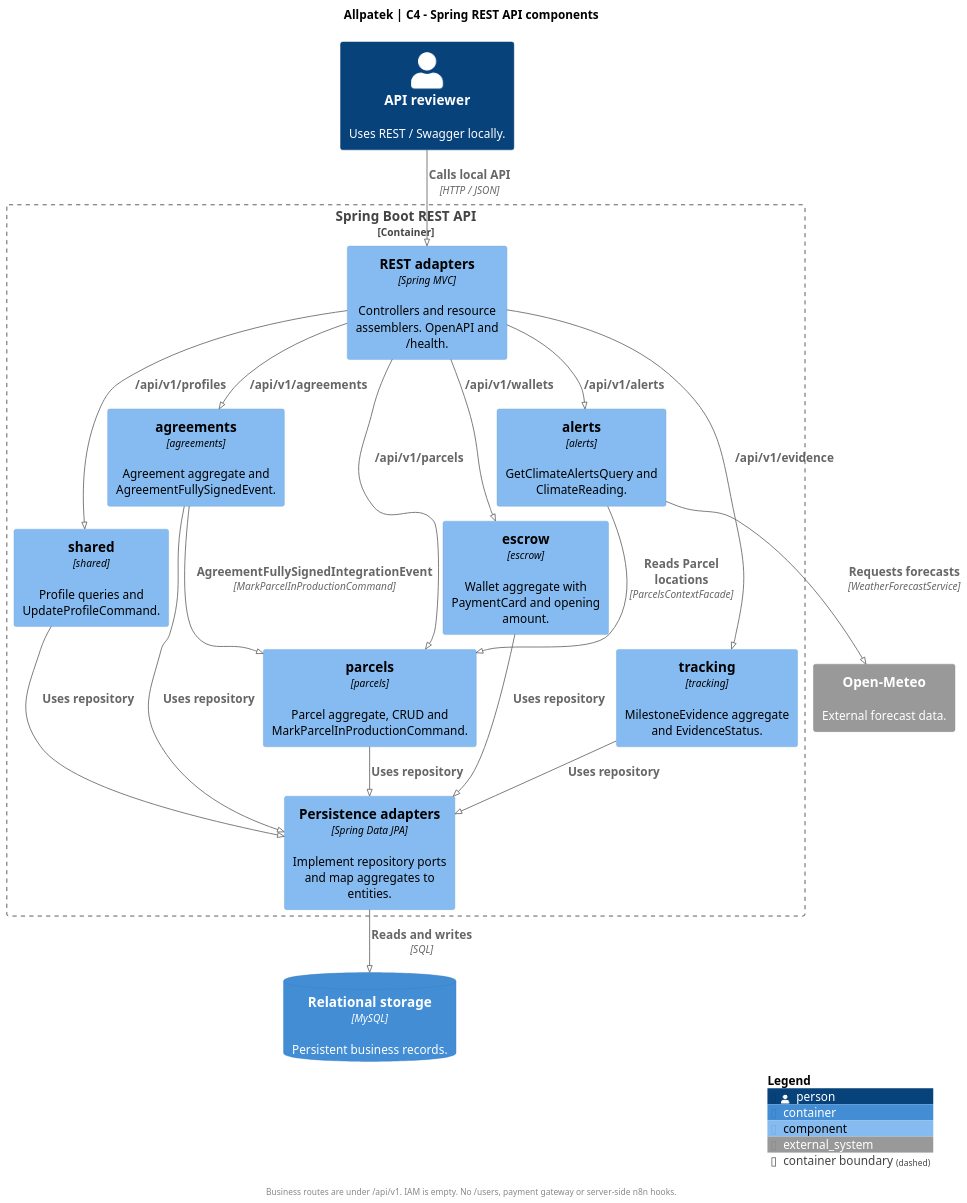
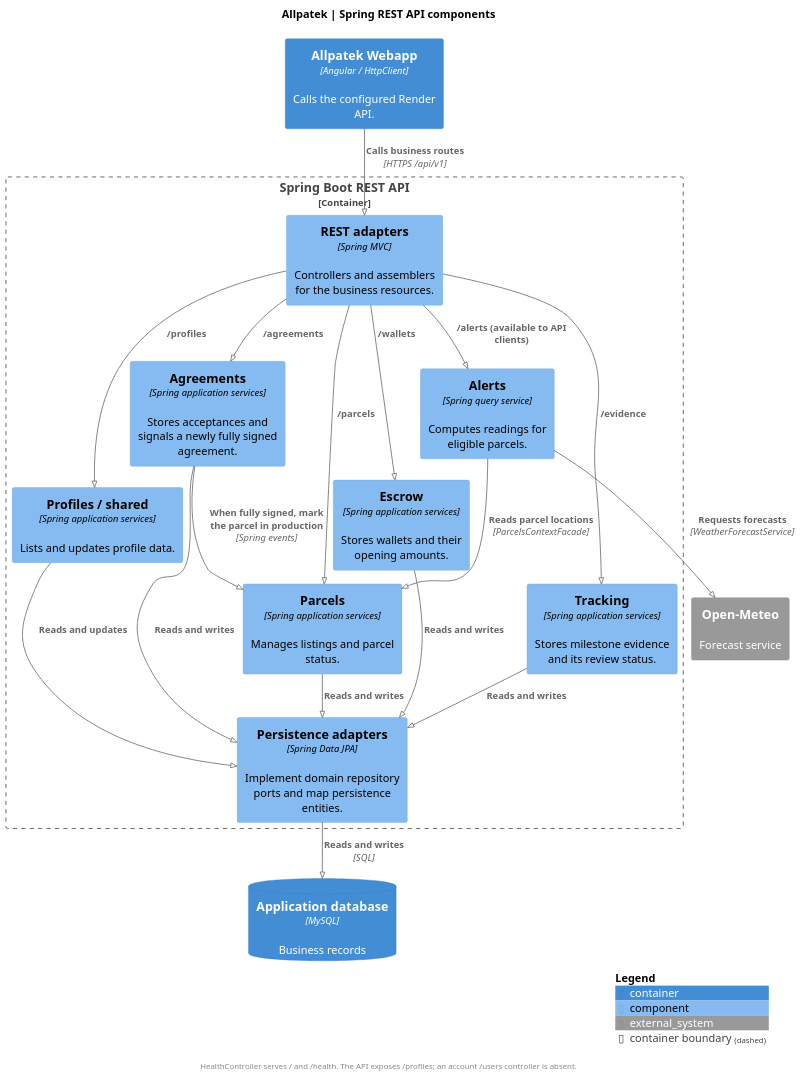
The diagram in assets/chapter-04/architecture/04-api-components.puml (upc-pre-202620-1asi0729-7753-Terranova/allpatek-report), drawn with PlantUML before and after one commit. The commit also changed 3 other files, not shown here.

Commit message:
docs(c4): map Spring modules and cross-context collaborations

```diff
--- a/assets/chapter-04/architecture/04-api-components.puml
+++ b/assets/chapter-04/architecture/04-api-components.puml
@@ -1,49 +1,43 @@
 @startuml
 !pragma layout smetana
 !include <C4/C4_Component>
 skinparam backgroundColor white
 skinparam defaultFontName SansSerif
-skinparam defaultFontSize 14
 skinparam shadowing false
-skinparam dpi 135
-
-title Allpatek | C4 - Spring REST API components
+skinparam dpi 125
+title Allpatek | Spring REST API components
 LAYOUT_TOP_DOWN()
 
-Person(reviewer, "API reviewer", "Uses REST / Swagger locally.")
+Container(web, "Allpatek Webapp", "Angular / HttpClient", "Calls the configured Render API.")
+Container_Boundary(api, "Spring Boot REST API") {
+  Component(rest, "REST adapters", "Spring MVC", "Controllers and assemblers for the business resources.")
+  Component(profiles, "Profiles / shared", "Spring application services", "Lists and updates profile data.")
+  Component(land, "Parcels", "Spring application services", "Manages listings and parcel status.")
+  Component(agreements, "Agreements", "Spring application services", "Stores acceptances and signals a newly fully signed agreement.")
+  Component(wallets, "Escrow", "Spring application services", "Stores wallets and their opening amounts.")
+  Component(evidence, "Tracking", "Spring application services", "Stores milestone evidence and its review status.")
+  Component(alerts, "Alerts", "Spring query service", "Computes readings for eligible parcels.")
+  Component(persistence, "Persistence adapters", "Spring Data JPA", "Implement domain repository ports and map persistence entities.")
+}
+ContainerDb(db, "Application database", "MySQL", "Business records")
+System_Ext(weather, "Open-Meteo", "Forecast service")
 
-Container_Boundary(api, "Spring Boot REST API") {
-  Component(rest, "REST adapters", "Spring MVC", "Controllers and resource assemblers. OpenAPI and /health.")
-  Component(profiles, "shared", "shared", "Profile queries and UpdateProfileCommand.")
-  Component(land, "parcels", "parcels", "Parcel aggregate, CRUD and MarkParcelInProductionCommand.")
-  Component(agreements, "agreements", "agreements", "Agreement aggregate and AgreementFullySignedEvent.")
-  Component(wallets, "escrow", "escrow", "Wallet aggregate with PaymentCard and opening amount.")
-  Component(evidence, "tracking", "tracking", "MilestoneEvidence aggregate and EvidenceStatus.")
-  Component(alerts, "alerts", "alerts", "GetClimateAlertsQuery and ClimateReading.")
-  Component(persistence, "Persistence adapters", "Spring Data JPA", "Implement repository ports and map aggregates to entities.")
-}
-
-ContainerDb(db, "Relational storage", "MySQL", "Persistent business records.")
-System_Ext(weather, "Open-Meteo", "External forecast data.")
-
-Rel(reviewer, rest, "Calls local API", "HTTP / JSON")
-Rel(rest, profiles, "/api/v1/profiles")
-Rel(rest, land, "/api/v1/parcels")
-Rel(rest, agreements, "/api/v1/agreements")
-Rel(rest, wallets, "/api/v1/wallets")
-Rel(rest, evidence, "/api/v1/evidence")
-Rel(rest, alerts, "/api/v1/alerts")
-
-Rel(profiles, persistence, "Uses repository")
-Rel(land, persistence, "Uses repository")
-Rel(agreements, persistence, "Uses repository")
-Rel(wallets, persistence, "Uses repository")
-Rel(evidence, persistence, "Uses repository")
-Rel(agreements, land, "AgreementFullySignedIntegrationEvent", "MarkParcelInProductionCommand")
-Rel(alerts, land, "Reads Parcel locations", "ParcelsContextFacade")
+Rel(web, rest, "Calls business routes", "HTTPS /api/v1")
+Rel(rest, profiles, "/profiles")
+Rel(rest, land, "/parcels")
+Rel(rest, agreements, "/agreements")
+Rel(rest, wallets, "/wallets")
+Rel(rest, evidence, "/evidence")
+Rel(rest, alerts, "/alerts (available to API clients)")
+Rel(profiles, persistence, "Reads and updates")
+Rel(land, persistence, "Reads and writes")
+Rel(agreements, persistence, "Reads and writes")
+Rel(wallets, persistence, "Reads and writes")
+Rel(evidence, persistence, "Reads and writes")
+Rel(agreements, land, "When fully signed, mark the parcel in production", "Spring events")
+Rel(alerts, land, "Reads parcel locations", "ParcelsContextFacade")
 Rel(alerts, weather, "Requests forecasts", "WeatherForecastService")
 Rel(persistence, db, "Reads and writes", "SQL")
-
-footer Business routes are under /api/v1. IAM is empty. No /users, payment gateway or server-side n8n hooks.
+footer HealthController serves / and /health. The API exposes /profiles; an account /users controller is absent.
 SHOW_LEGEND()
 @enduml
```
